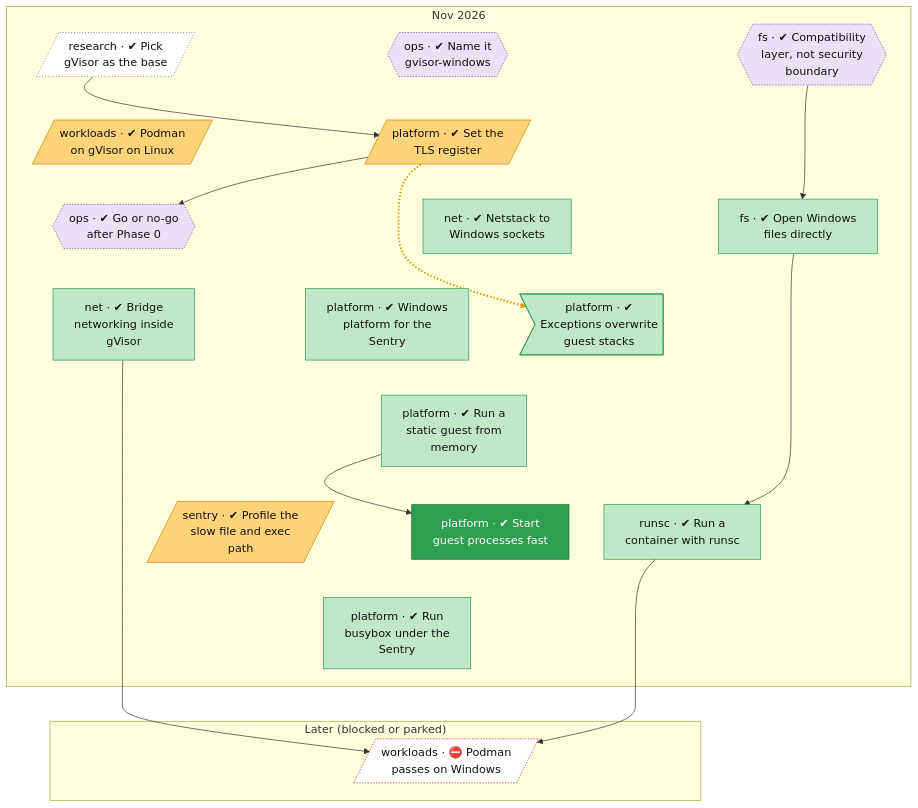
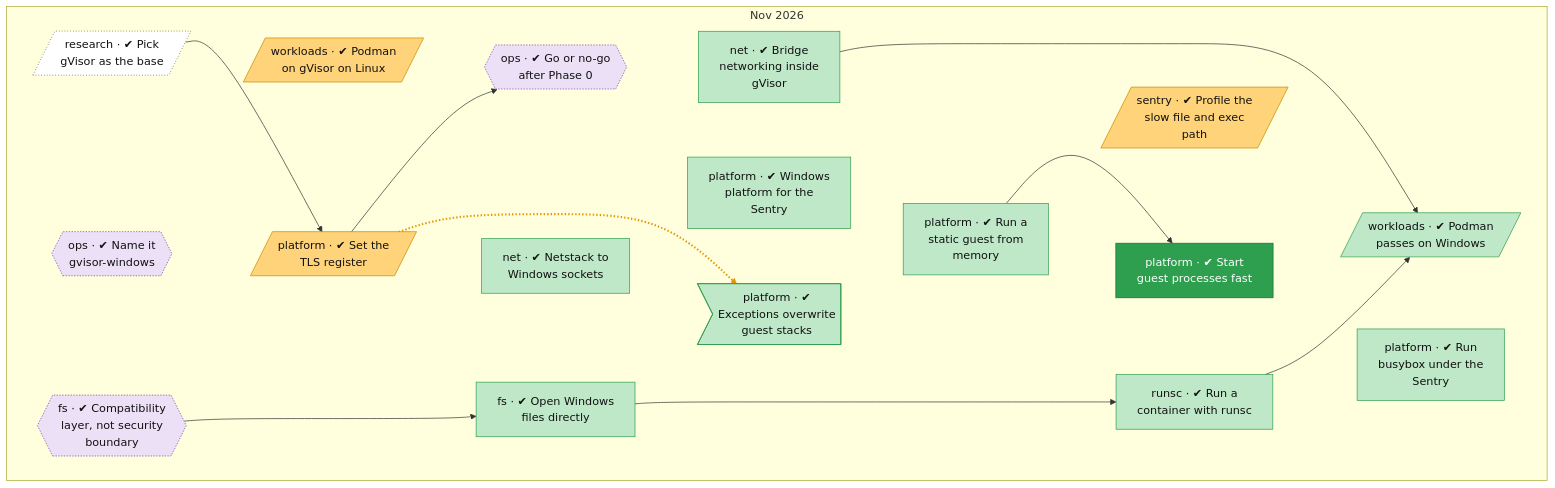
One commit to lhns/gvisor-windows changed the second of 2 diagrams in docs/roadmap.md. Above: the diagram before and after it, drawn with Mermaid. The commit also changed other lines of this file and 9 other files, not shown here.

````diff
--- a/docs/roadmap.md
+++ b/docs/roadmap.md
@@ -100,72 +100,68 @@
 ```mermaid
 flowchart TB
     subgraph bd_0["Nov 2026"]
         research_gvisor_base[/"research · ✔ Pick<br/>gVisor as the base"/]
         ops_name_and_fork{{"ops · ✔ Name it<br/>gvisor-windows"}}
         fs_compat_layer_not_boundary{{"fs · ✔ Compatibility<br/>layer, not security<br/>boundary"}}
         workloads_podman_on_gvisor_linux[/"workloads · ✔ Podman<br/>on gVisor on Linux"/]
         platform_tls_register[/"platform · ✔ Set the<br/>TLS register"/]
         ops_phase0_go_no_go{{"ops · ✔ Go or no-go<br/>after Phase 0"}}
         fs_windows_directfs["fs · ✔ Open Windows<br/>files directly"]
         net_netstack_windows_link["net · ✔ Netstack to<br/>Windows sockets"]
         net_bridge_networking["net · ✔ Bridge<br/>networking inside<br/>gVisor"]
         platform_veh_on_guest_stack_unsafe>"platform · ✔<br/>Exceptions overwrite<br/>guest stacks"]
         platform_winstub["platform · ✔ Windows<br/>platform for the<br/>Sentry"]
         platform_static_guest_from_memory["platform · ✔ Run a<br/>static guest from<br/>memory"]
         platform_fast_process_start["platform · ✔ Start<br/>guest processes fast"]
         runsc_container_on_windows["runsc · ✔ Run a<br/>container with runsc"]
         sentry_profile_small_file_path[/"sentry · ✔ Profile the<br/>slow file and exec<br/>path"/]
+        workloads_podman_on_windows[/"workloads · ✔ Podman<br/>passes on Windows"/]
         platform_busybox_on_windows["platform · ✔ Run<br/>busybox under the<br/>Sentry"]
-    end
-    subgraph bd_1["Later (blocked or parked)"]
-        workloads_podman_on_windows[/"workloads · ⛔ Podman<br/>passes on Windows"/]
     end
     research_gvisor_base ~~~ workloads_podman_on_gvisor_linux
     ops_name_and_fork ~~~ platform_tls_register
     fs_compat_layer_not_boundary ~~~ platform_tls_register
     workloads_podman_on_gvisor_linux ~~~ ops_phase0_go_no_go
     platform_tls_register ~~~ fs_windows_directfs
     platform_tls_register ~~~ net_netstack_windows_link
     ops_phase0_go_no_go ~~~ net_bridge_networking
     fs_windows_directfs ~~~ platform_veh_on_guest_stack_unsafe
     net_netstack_windows_link ~~~ platform_winstub
     net_bridge_networking ~~~ platform_static_guest_from_memory
     platform_veh_on_guest_stack_unsafe ~~~ platform_static_guest_from_memory
     platform_winstub ~~~ platform_static_guest_from_memory
     platform_static_guest_from_memory ~~~ platform_fast_process_start
     platform_static_guest_from_memory ~~~ runsc_container_on_windows
     platform_static_guest_from_memory ~~~ sentry_profile_small_file_path
-    platform_fast_process_start ~~~ platform_busybox_on_windows
+    platform_fast_process_start ~~~ workloads_podman_on_windows
     runsc_container_on_windows ~~~ platform_busybox_on_windows
     sentry_profile_small_file_path ~~~ platform_busybox_on_windows
-    platform_busybox_on_windows ~~~ workloads_podman_on_windows
     research_gvisor_base --> platform_tls_register
     platform_tls_register -.-> platform_veh_on_guest_stack_unsafe
     platform_tls_register --> ops_phase0_go_no_go
     fs_compat_layer_not_boundary --> fs_windows_directfs
     platform_static_guest_from_memory --> platform_fast_process_start
     fs_windows_directfs --> runsc_container_on_windows
     runsc_container_on_windows --> workloads_podman_on_windows
     net_bridge_networking --> workloads_podman_on_windows
-    linkStyle 20 stroke:#e69500,stroke-width:3px,stroke-dasharray:2 3
+    linkStyle 19 stroke:#e69500,stroke-width:3px,stroke-dasharray:2 3
     classDef vsucc fill:#2e9e4f,stroke:#1b6b34,color:#fff
     classDef succ fill:#bfe8c8,stroke:#2e9e4f,color:#111
     classDef mixed fill:#ffd37a,stroke:#c98a00,color:#111
     classDef bad fill:#f28b82,stroke:#b3261e,color:#111
     classDef dead fill:#e6e6e6,stroke:#777,stroke-dasharray:5 5,color:#555
     classDef inprog fill:#a8cdf5,stroke:#1f6fc5,color:#111
     classDef next fill:#fff,stroke:#333,color:#111
     classDef blocked fill:#fff,stroke:#b3261e,stroke-dasharray:2 2,color:#111
     classDef parked fill:#f3f3f3,stroke:#999,color:#555
     classDef unrated fill:#fff,stroke:#333,stroke-dasharray:1 3,color:#111
     classDef gate fill:#d9c2f0,stroke:#7b3fb5,color:#111
     classDef decided fill:#ece0f7,stroke:#7b3fb5,stroke-dasharray:2 2,color:#111
     classDef finding fill:#ffe0b2,stroke:#d84315,stroke-width:2px,color:#111
     classDef waiting fill:#e3f2fd,stroke:#1f6fc5,stroke-dasharray:5 5,color:#111
     class research_gvisor_base unrated
     class ops_name_and_fork,fs_compat_layer_not_boundary,ops_phase0_go_no_go decided
     class workloads_podman_on_gvisor_linux,platform_tls_register,sentry_profile_small_file_path mixed
-    class workloads_podman_on_windows blocked
-    class runsc_container_on_windows,platform_winstub,platform_busybox_on_windows,fs_windows_directfs,net_netstack_windows_link,platform_static_guest_from_memory,net_bridge_networking,platform_veh_on_guest_stack_unsafe succ
+    class workloads_podman_on_windows,runsc_container_on_windows,platform_winstub,platform_busybox_on_windows,fs_windows_directfs,net_netstack_windows_link,platform_static_guest_from_memory,net_bridge_networking,platform_veh_on_guest_stack_unsafe succ
     class platform_fast_process_start vsucc
 ```
````
